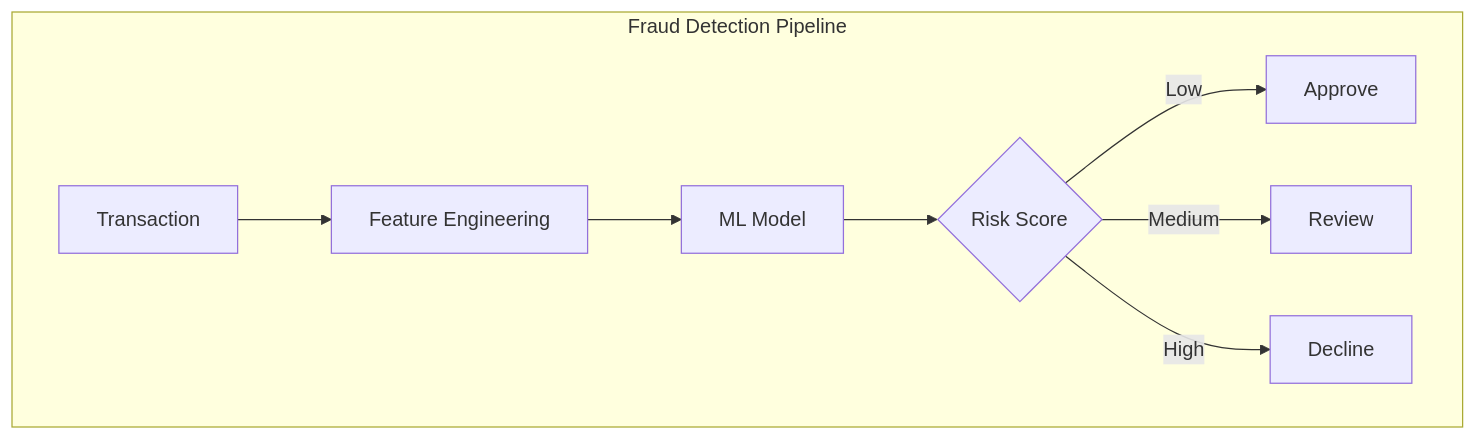
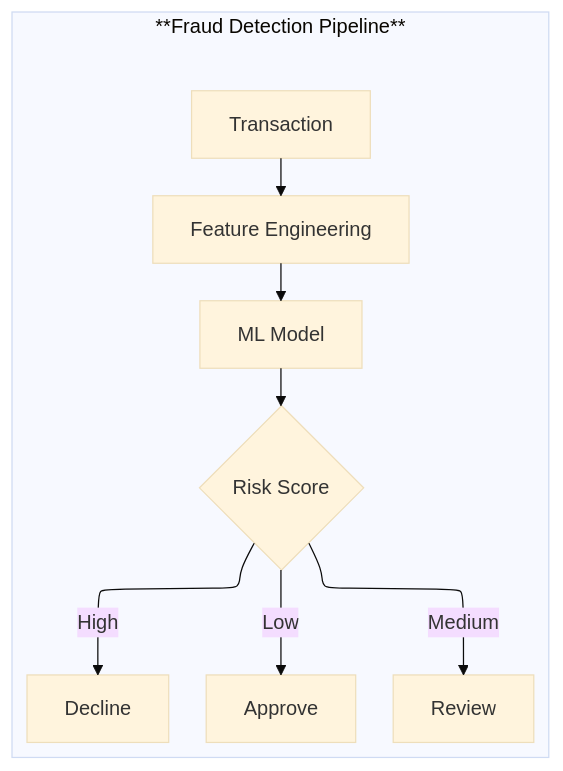
The diagram in The 2026 AI Metromap/The 2026 AI Metromap: AI in Finance – Banking, Insurance, and Trading.md (Vineet-Sharma-Medium-Stories/Medium-Build-Tool), drawn with Mermaid before and after one commit. The commit also changed 37 other files, not shown here.

````diff
--- a/The 2026 AI Metromap/The 2026 AI Metromap: AI in Finance – Banking, Insurance, and Trading.md
+++ b/The 2026 AI Metromap/The 2026 AI Metromap: AI in Finance – Banking, Insurance, and Trading.md
@@ -71,12 +71,17 @@
 ```mermaid
+---
+config:
+  theme: base
+  layout: elk
+---
 graph TD
-    subgraph "Fraud Detection Pipeline"
+    subgraph "**Fraud Detection Pipeline**"
         T[Transaction] --> F[Feature Engineering]
         F --> M[ML Model]
         M --> R{Risk Score}
         
         R -->|Low| A[Approve]
         R -->|Medium| R2[Review]
         R -->|High| D[Decline]
     end
 ```
````
